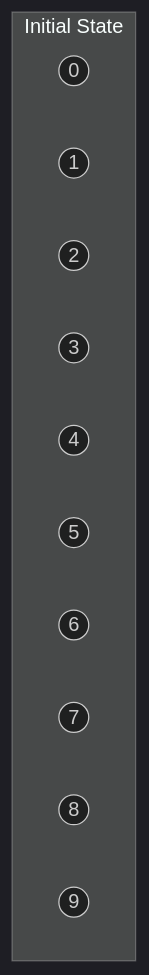
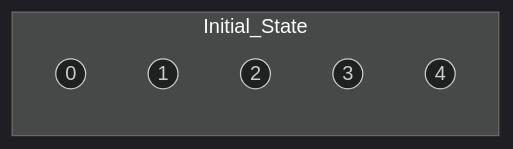
One commit to FSBCS/ACS changed the first of 2 diagrams in Unit 1/Lesson3.md. Above: the diagram before and after it, drawn with Mermaid (dark theme). The commit also changed other lines of this file, not shown here.

````diff
--- a/Unit 1/Lesson3.md
+++ b/Unit 1/Lesson3.md
@@ -41,15 +41,10 @@
 ```mermaid
-graph TD
-    subgraph "Initial State"
+graph LR
+    subgraph Initial_State
         A0((0))
         B1((1))
         C2((2))
         D3((3))
         E4((4))
-        F5((5))
-        G6((6))
-        H7((7))
-        I8((8))
-        J9((9))
     end
 ```
````
